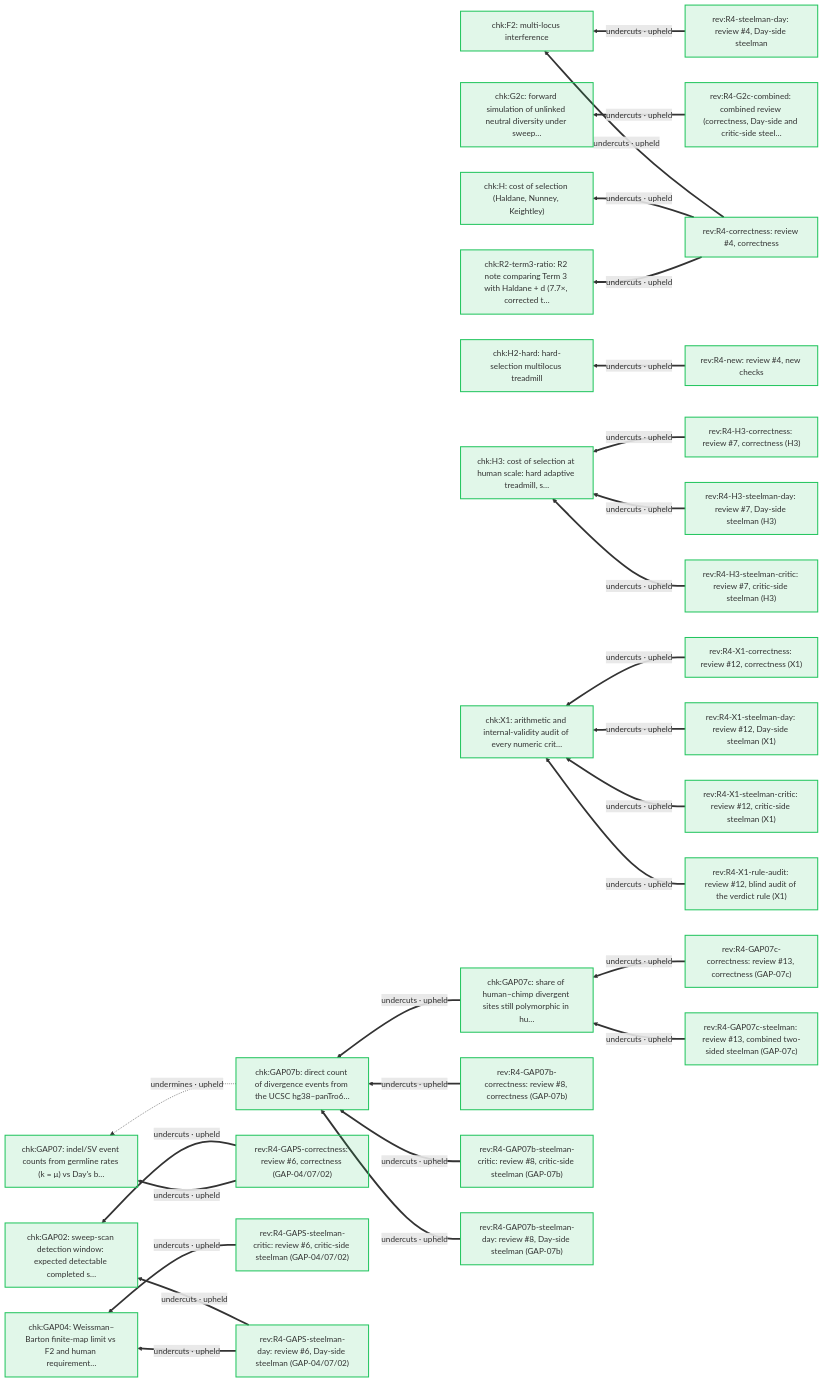
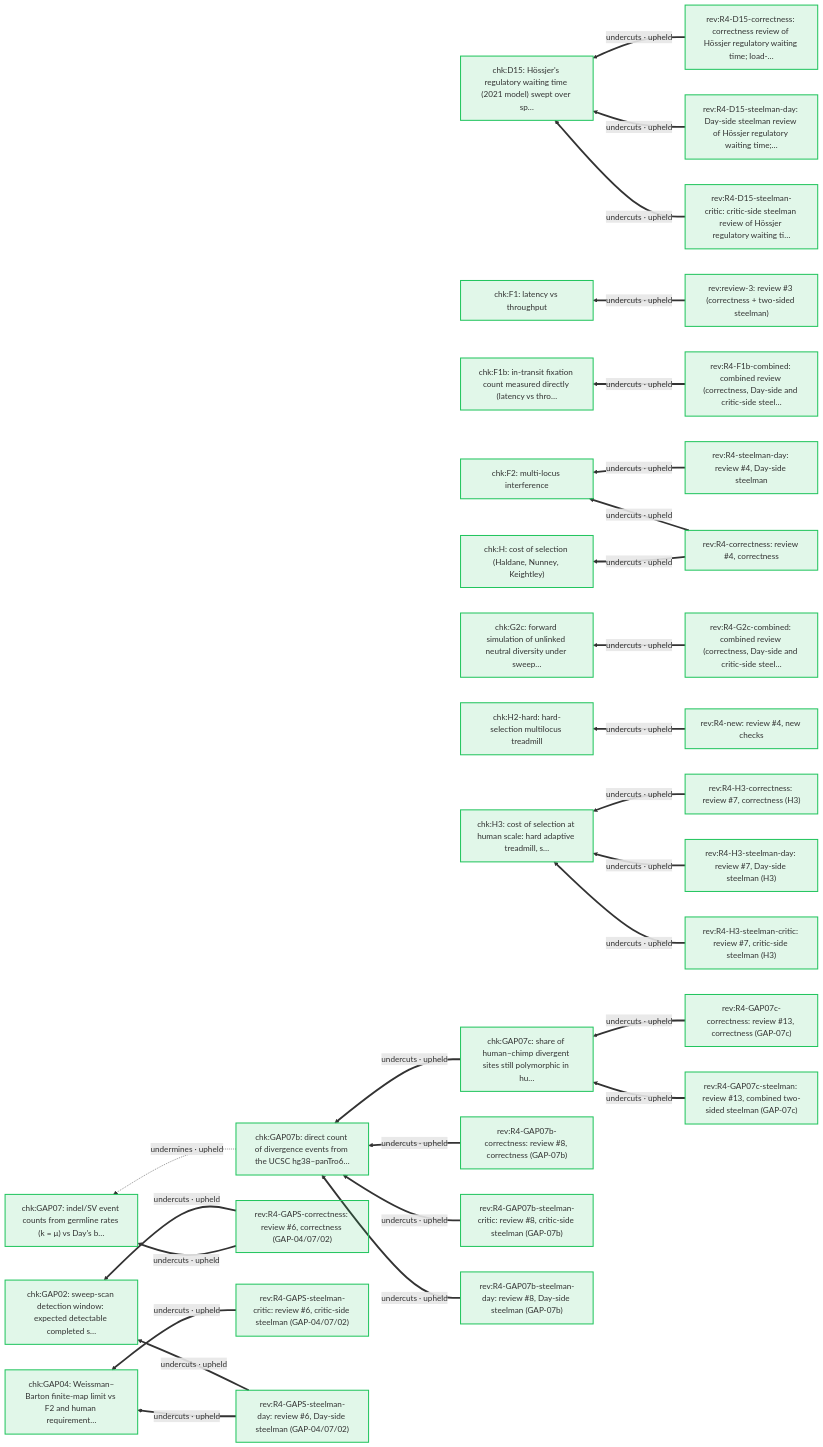
Diagram 18 of 19 in docs/arguments/defeaters.md (nickallevato/evo-sim), drawn with Mermaid before and after one commit. The commit also changed other lines of this file and 20 other files, not shown here.

````diff
--- a/docs/arguments/defeaters.md
+++ b/docs/arguments/defeaters.md
@@ -919,64 +930,66 @@
 ```mermaid
 flowchart RL
   classDef day fill:#f59e0b22,stroke:#f59e0b,stroke-width:2px
   classDef ally fill:#d9770622,stroke:#d97706,stroke-width:2px
   classDef critic fill:#3b82f622,stroke:#3b82f6,stroke-width:2px
   classDef literature fill:#a3a3a322,stroke:#a3a3a3,stroke-width:2px
   classDef audit fill:#22c55e22,stroke:#22c55e,stroke-width:2px
+  chk_D15["chk:D15: Hössjer's regulatory waiting time (2021 model) swept over sp…"]:::audit
+  chk_F1["chk:F1: latency vs throughput"]:::audit
+  chk_F1b["chk:F1b: in-transit fixation count measured directly (latency vs thro…"]:::audit
   chk_F2["chk:F2: multi-locus interference"]:::audit
   chk_G2c["chk:G2c: forward simulation of unlinked neutral diversity under sweep…"]:::audit
   chk_GAP02["chk:GAP02: sweep-scan detection window: expected detectable completed s…"]:::audit
   chk_GAP04["chk:GAP04: Weissman–Barton finite-map limit vs F2 and human requirement…"]:::audit
   chk_GAP07["chk:GAP07: indel/SV event counts from germline rates (k = μ) vs Day's b…"]:::audit
   chk_GAP07b["chk:GAP07b: direct count of divergence events from the UCSC hg38–panTro6…"]:::audit
   chk_GAP07c["chk:GAP07c: share of human–chimp divergent sites still polymorphic in hu…"]:::audit
   chk_H["chk:H: cost of selection (Haldane, Nunney, Keightley)"]:::audit
   chk_H2_hard["chk:H2-hard: hard-selection multilocus treadmill"]:::audit
   chk_H3["chk:H3: cost of selection at human scale: hard adaptive treadmill, s…"]:::audit
-  chk_R2_term3_ratio["chk:R2-term3-ratio: R2 note comparing Term 3 with Haldane + d (7.7×, corrected t…"]:::audit
-  chk_X1["chk:X1: arithmetic and internal-validity audit of every numeric crit…"]:::audit
+  rev_R4_D15_correctness["rev:R4-D15-correctness: correctness review of Hössjer regulatory waiting time; load-…"]:::audit
+  rev_R4_D15_steelman_critic["rev:R4-D15-steelman-critic: critic-side steelman review of Hössjer regulatory waiting ti…"]:::audit
+  rev_R4_D15_steelman_day["rev:R4-D15-steelman-day: Day-side steelman review of Hössjer regulatory waiting time;…"]:::audit
+  rev_R4_F1b_combined["rev:R4-F1b-combined: combined review (correctness, Day-side and critic-side steel…"]:::audit
   rev_R4_G2c_combined["rev:R4-G2c-combined: combined review (correctness, Day-side and critic-side steel…"]:::audit
   rev_R4_GAP07b_correctness["rev:R4-GAP07b-correctness: review #8, correctness (GAP-07b)"]:::audit
   rev_R4_GAP07b_steelman_critic["rev:R4-GAP07b-steelman-critic: review #8, critic-side steelman (GAP-07b)"]:::audit
   rev_R4_GAP07b_steelman_day["rev:R4-GAP07b-steelman-day: review #8, Day-side steelman (GAP-07b)"]:::audit
   rev_R4_GAP07c_correctness["rev:R4-GAP07c-correctness: review #13, correctness (GAP-07c)"]:::audit
   rev_R4_GAP07c_steelman["rev:R4-GAP07c-steelman: review #13, combined two-sided steelman (GAP-07c)"]:::audit
   rev_R4_GAPS_correctness["rev:R4-GAPS-correctness: review #6, correctness (GAP-04/07/02)"]:::audit
   rev_R4_GAPS_steelman_critic["rev:R4-GAPS-steelman-critic: review #6, critic-side steelman (GAP-04/07/02)"]:::audit
   rev_R4_GAPS_steelman_day["rev:R4-GAPS-steelman-day: review #6, Day-side steelman (GAP-04/07/02)"]:::audit
   rev_R4_H3_correctness["rev:R4-H3-correctness: review #7, correctness (H3)"]:::audit
   rev_R4_H3_steelman_critic["rev:R4-H3-steelman-critic: review #7, critic-side steelman (H3)"]:::audit
   rev_R4_H3_steelman_day["rev:R4-H3-steelman-day: review #7, Day-side steelman (H3)"]:::audit
-  rev_R4_X1_correctness["rev:R4-X1-correctness: review #12, correctness (X1)"]:::audit
-  rev_R4_X1_rule_audit["rev:R4-X1-rule-audit: review #12, blind audit of the verdict rule (X1)"]:::audit
-  rev_R4_X1_steelman_critic["rev:R4-X1-steelman-critic: review #12, critic-side steelman (X1)"]:::audit
-  rev_R4_X1_steelman_day["rev:R4-X1-steelman-day: review #12, Day-side steelman (X1)"]:::audit
   rev_R4_correctness["rev:R4-correctness: review #4, correctness"]:::audit
   rev_R4_new["rev:R4-new: review #4, new checks"]:::audit
   rev_R4_steelman_day["rev:R4-steelman-day: review #4, Day-side steelman"]:::audit
+  rev_review_3["rev:review-3: review #3 (correctness + two-sided steelman)"]:::audit
+  rev_R4_D15_correctness ==>|"undercuts · upheld"| chk_D15
+  rev_R4_D15_steelman_day ==>|"undercuts · upheld"| chk_D15
+  rev_R4_D15_steelman_critic ==>|"undercuts · upheld"| chk_D15
+  rev_review_3 ==>|"undercuts · upheld"| chk_F1
+  rev_R4_F1b_combined ==>|"undercuts · upheld"| chk_F1b
   rev_R4_correctness ==>|"undercuts · upheld"| chk_F2
   rev_R4_steelman_day ==>|"undercuts · upheld"| chk_F2
   rev_R4_G2c_combined ==>|"undercuts · upheld"| chk_G2c
   rev_R4_GAPS_correctness ==>|"undercuts · upheld"| chk_GAP02
   rev_R4_GAPS_steelman_day ==>|"undercuts · upheld"| chk_GAP02
   rev_R4_GAPS_steelman_critic ==>|"undercuts · upheld"| chk_GAP04
   rev_R4_GAPS_steelman_day ==>|"undercuts · upheld"| chk_GAP04
   rev_R4_GAPS_correctness ==>|"undercuts · upheld"| chk_GAP07
   chk_GAP07b -.->|"undermines · upheld"| chk_GAP07
   rev_R4_GAP07b_correctness ==>|"undercuts · upheld"| chk_GAP07b
   rev_R4_GAP07b_steelman_day ==>|"undercuts · upheld"| chk_GAP07b
   rev_R4_GAP07b_steelman_critic ==>|"undercuts · upheld"| chk_GAP07b
   chk_GAP07c ==>|"undercuts · upheld"| chk_GAP07b
   rev_R4_GAP07c_correctness ==>|"undercuts · upheld"| chk_GAP07c
   rev_R4_GAP07c_steelman ==>|"undercuts · upheld"| chk_GAP07c
   rev_R4_correctness ==>|"undercuts · upheld"| chk_H
   rev_R4_new ==>|"undercuts · upheld"| chk_H2_hard
   rev_R4_H3_correctness ==>|"undercuts · upheld"| chk_H3
   rev_R4_H3_steelman_day ==>|"undercuts · upheld"| chk_H3
   rev_R4_H3_steelman_critic ==>|"undercuts · upheld"| chk_H3
-  rev_R4_correctness ==>|"undercuts · upheld"| chk_R2_term3_ratio
-  rev_R4_X1_correctness ==>|"undercuts · upheld"| chk_X1
-  rev_R4_X1_steelman_day ==>|"undercuts · upheld"| chk_X1
-  rev_R4_X1_steelman_critic ==>|"undercuts · upheld"| chk_X1
-  rev_R4_X1_rule_audit ==>|"undercuts · upheld"| chk_X1
 ```
````
